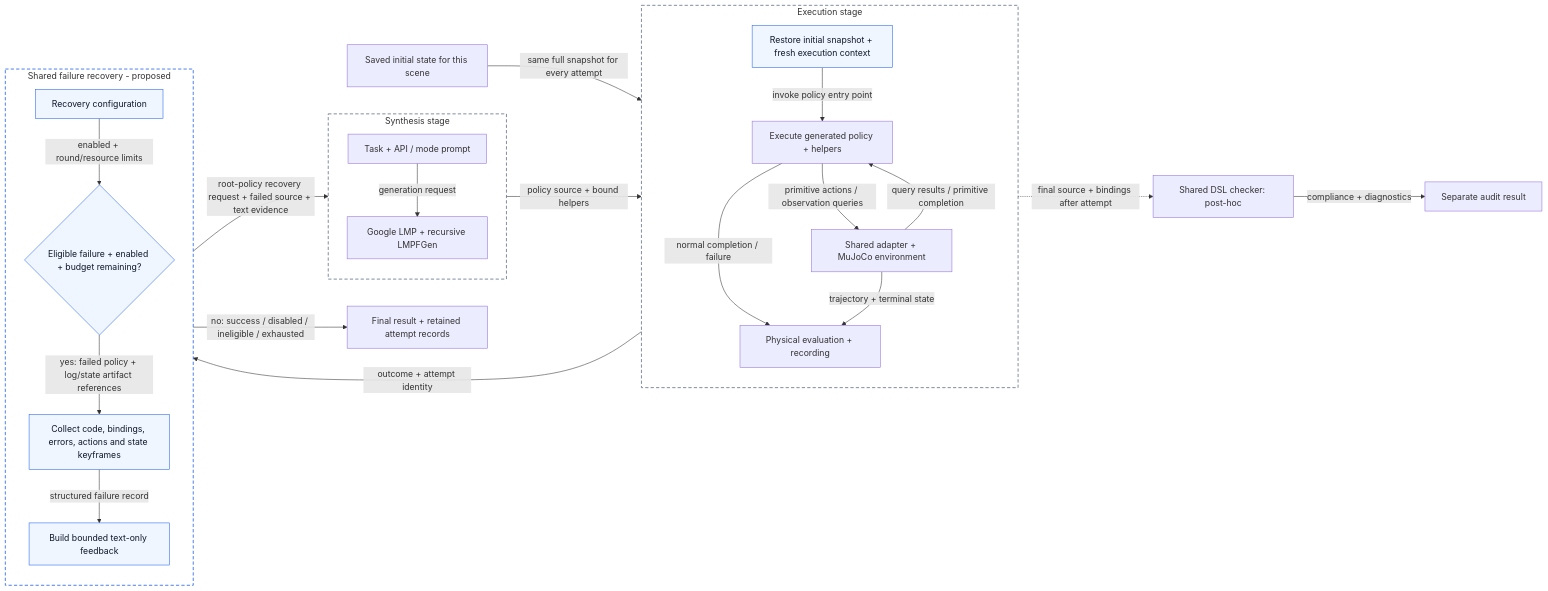
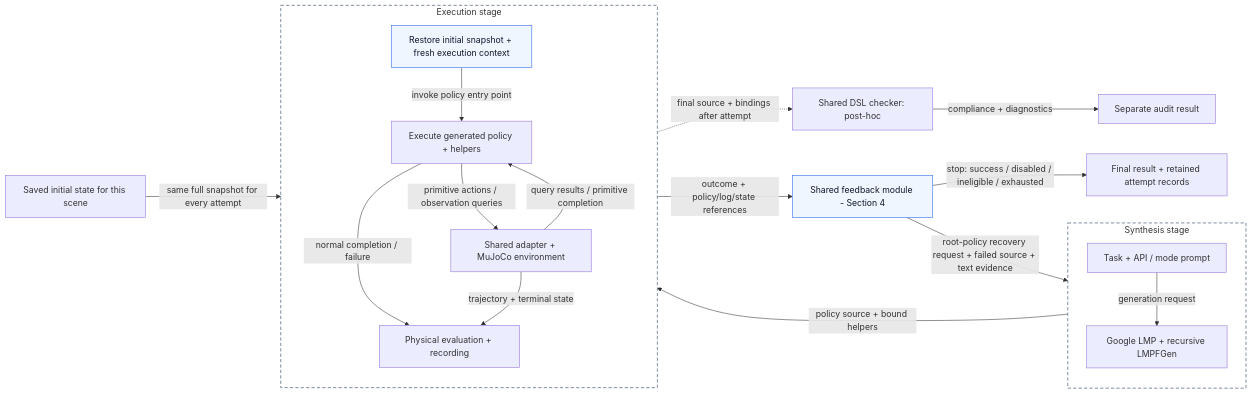
One commit to RU-Automated-Reasoning-Group/RoboVerify changed the second of 4 diagrams in roboverify/synthesis/cap/docs/revision_4_failure_recover.md. Above: the diagram before and after it, drawn with Mermaid. The commit also changed other lines of this file, not shown here.

Commit message:
docs(cap): separate shared feedback module from method pipelines

````diff
--- a/roboverify/synthesis/cap/docs/revision_4_failure_recover.md
+++ b/roboverify/synthesis/cap/docs/revision_4_failure_recover.md
@@ -102,33 +149,27 @@
 ```mermaid
 flowchart LR
     subgraph SYN["Synthesis stage"]
         direction TB
         I["Task + API / mode prompt"] -->|"generation request"| G["Google LMP + recursive LMPFGen"]
     end
     subgraph RUN["Execution stage"]
         direction TB
         RESET["Restore initial snapshot + fresh execution context"] -->|"invoke policy entry point"| E
         E["Execute generated policy + helpers"] -->|"primitive actions / observation queries"| ENV["Shared adapter + MuJoCo environment"]
         ENV -->|"query results / primitive completion"| E
         E -->|"normal completion / failure"| R["Physical evaluation + recording"]
         ENV -->|"trajectory + terminal state"| R
     end
     G -->|"policy source + bound helpers"| RESET
     E -.->|"final source + bindings after attempt"| C["Shared DSL checker: post-hoc"]
     C -->|"compliance + diagnostics"| A["Separate audit result"]
     style SYN fill:none,stroke:#64748b,stroke-width:1.5px,stroke-dasharray:6 4
     style RUN fill:none,stroke:#64748b,stroke-width:1.5px,stroke-dasharray:6 4
     S0["Saved initial state for this scene"] -->|"same full snapshot for every attempt"| RESET
-    R -->|"outcome + attempt identity"| RG
-    subgraph REC["Shared failure recovery - proposed"]
-        direction TB
-        CFG["Recovery configuration"] -->|"enabled + round/resource limits"| RG{"Eligible failure + enabled + budget remaining?"}
-        RG -->|"yes: failed policy + log/state artifact references"| COLLECT["Collect code, bindings, errors, actions and state keyframes"]
-        COLLECT -->|"structured failure record"| FEEDBACK["Build bounded text-only feedback"]
-    end
-    RG -->|"no: success / disabled / ineligible / exhausted"| FIN["Final result + retained attempt records"]
+    R -->|"outcome + policy/log/state references"| FEEDBACK
+    FEEDBACK["Shared feedback module - Section 4"]
+    FEEDBACK -->|"stop: success / disabled / ineligible / exhausted"| FIN["Final result + retained attempt records"]
     FEEDBACK -->|"root-policy recovery request + failed source + text evidence"| G
-    style REC fill:none,stroke:#2563eb,stroke-width:1.5px,stroke-dasharray:6 4
     classDef recovery fill:#eff6ff,stroke:#2563eb,color:#0f172a
-    class RESET,CFG,RG,COLLECT,FEEDBACK recovery
+    class RESET,FEEDBACK recovery
 ```
````
